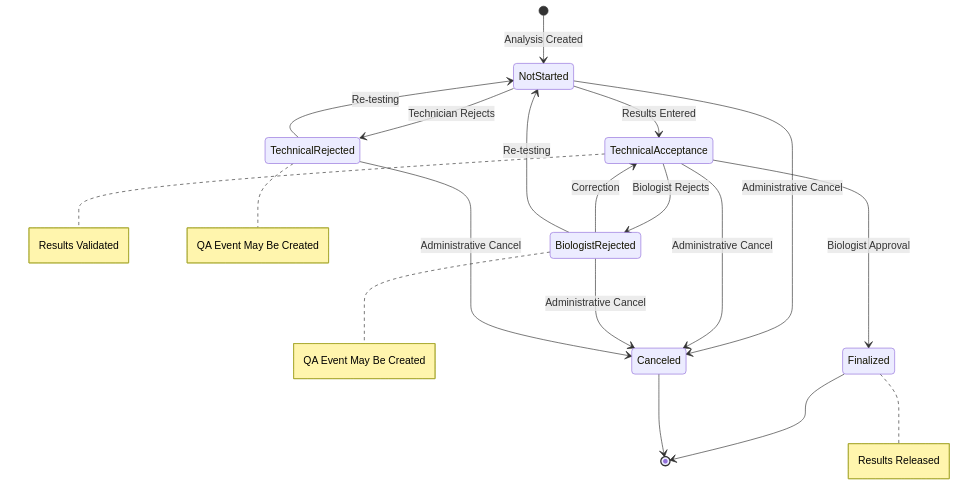
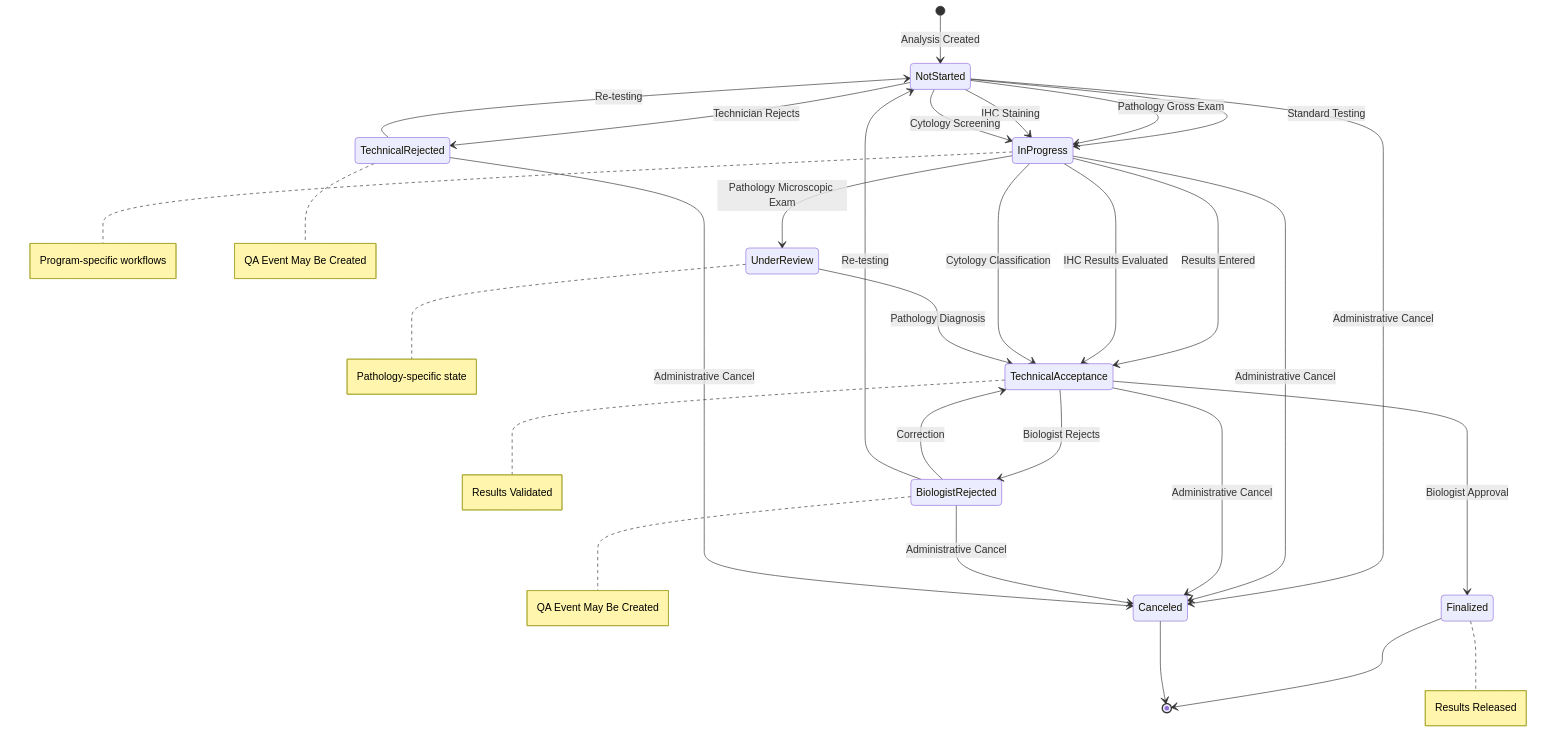
One commit to mean-machine-gc/openlis-global-code-analysis changed the first of 7 diagrams in docs/code-analysis/event-sourcing/02-analysis-aggregate-lifecycle.md. Above: the diagram before and after it, drawn with Mermaid. The commit also changed other lines of this file and 3 other files, not shown here.

````diff
--- a/docs/code-analysis/event-sourcing/02-analysis-aggregate-lifecycle.md
+++ b/docs/code-analysis/event-sourcing/02-analysis-aggregate-lifecycle.md
@@ -27,22 +27,33 @@
 ```mermaid
 stateDiagram-v2
     [*] --> NotStarted : Analysis Created
-    NotStarted --> TechnicalAcceptance : Results Entered
+    NotStarted --> InProgress : Standard Testing
+    NotStarted --> InProgress : Pathology Gross Exam
+    NotStarted --> InProgress : IHC Staining
+    NotStarted --> InProgress : Cytology Screening
+    InProgress --> UnderReview : Pathology Microscopic Exam
+    InProgress --> TechnicalAcceptance : Results Entered
+    InProgress --> TechnicalAcceptance : IHC Results Evaluated
+    InProgress --> TechnicalAcceptance : Cytology Classification
+    UnderReview --> TechnicalAcceptance : Pathology Diagnosis
     TechnicalAcceptance --> Finalized : Biologist Approval
     TechnicalAcceptance --> BiologistRejected : Biologist Rejects
     NotStarted --> TechnicalRejected : Technician Rejects
     TechnicalRejected --> NotStarted : Re-testing
     BiologistRejected --> TechnicalAcceptance : Correction
     BiologistRejected --> NotStarted : Re-testing
     NotStarted --> Canceled : Administrative Cancel
+    InProgress --> Canceled : Administrative Cancel
     TechnicalAcceptance --> Canceled : Administrative Cancel
     BiologistRejected --> Canceled : Administrative Cancel
     TechnicalRejected --> Canceled : Administrative Cancel
     Finalized --> [*]
     Canceled --> [*]
     
+    note right of InProgress : Program-specific workflows
+    note right of UnderReview : Pathology-specific state
     note right of TechnicalAcceptance : Results Validated
     note right of Finalized : Results Released
     note right of BiologistRejected : QA Event May Be Created
     note right of TechnicalRejected : QA Event May Be Created
 ```
````
